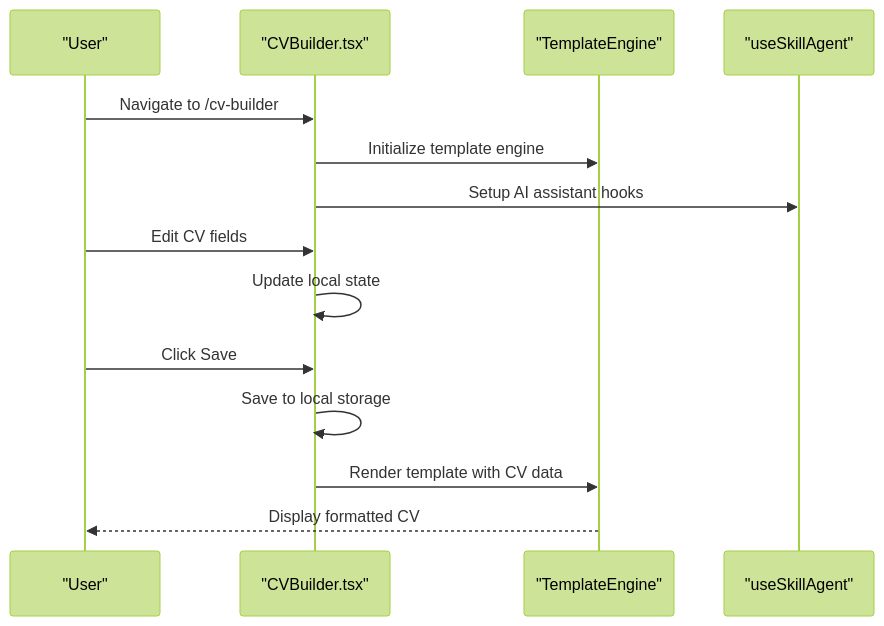
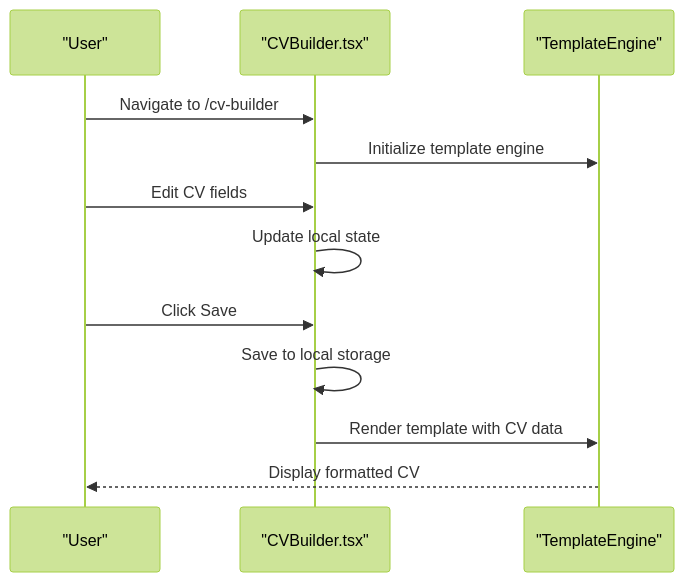
Before and after one commit to DoVuDung/cv-portfolio-builder: the third of 5 diagrams in .qoder/repowiki/en/content/Developer Tools & Examples/Demo Routes & Navigation.md, drawn with Mermaid (forest theme). The commit also changed other lines of this file and 8 other files, not shown here.

````diff
--- a/.qoder/repowiki/en/content/Developer Tools & Examples/Demo Routes & Navigation.md
+++ b/.qoder/repowiki/en/content/Developer Tools & Examples/Demo Routes & Navigation.md
@@ -165,16 +120,14 @@
 ```mermaid
 sequenceDiagram
 participant U as "User"
 participant CVB as "CVBuilder.tsx"
 participant TA as "TemplateEngine"
-participant AI as "useSkillAgent"
 U->>CVB : Navigate to /cv-builder
 CVB->>TA : Initialize template engine
-CVB->>AI : Setup AI assistant hooks
 U->>CVB : Edit CV fields
 CVB->>CVB : Update local state
 U->>CVB : Click Save
 CVB->>CVB : Save to local storage
 CVB->>TA : Render template with CV data
 TA-->>U : Display formatted CV
 ```
````
